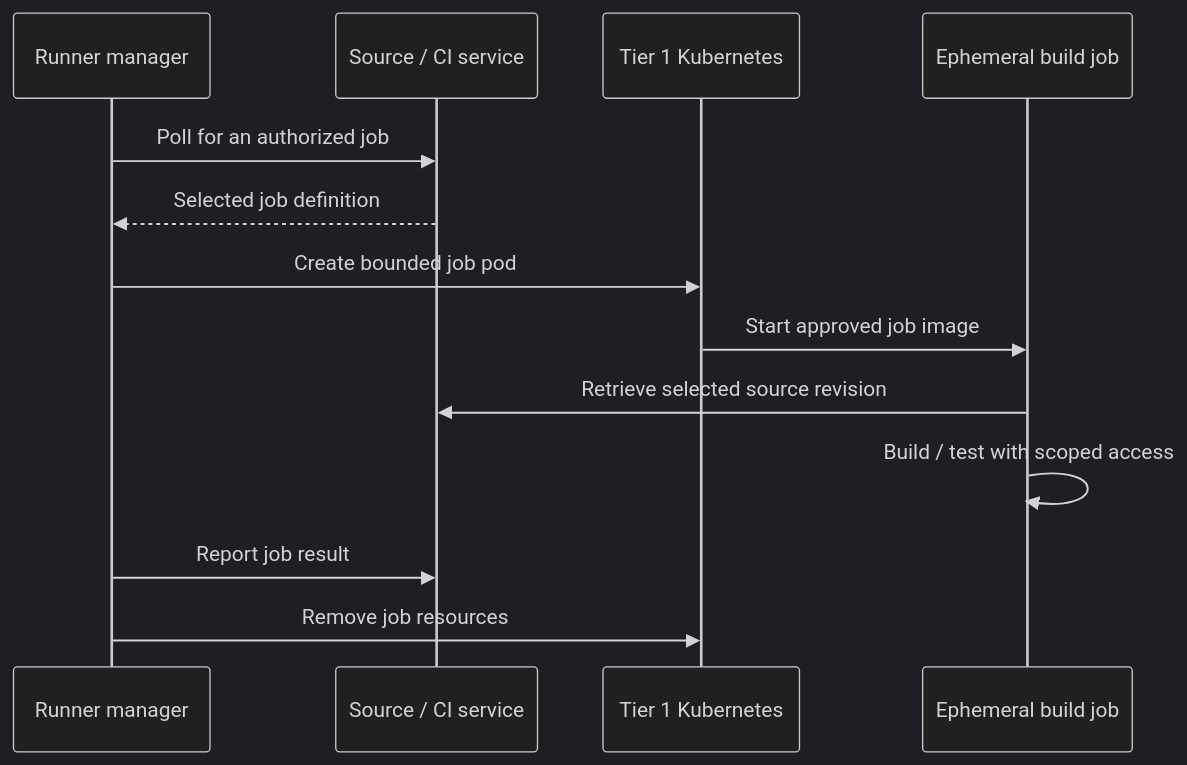
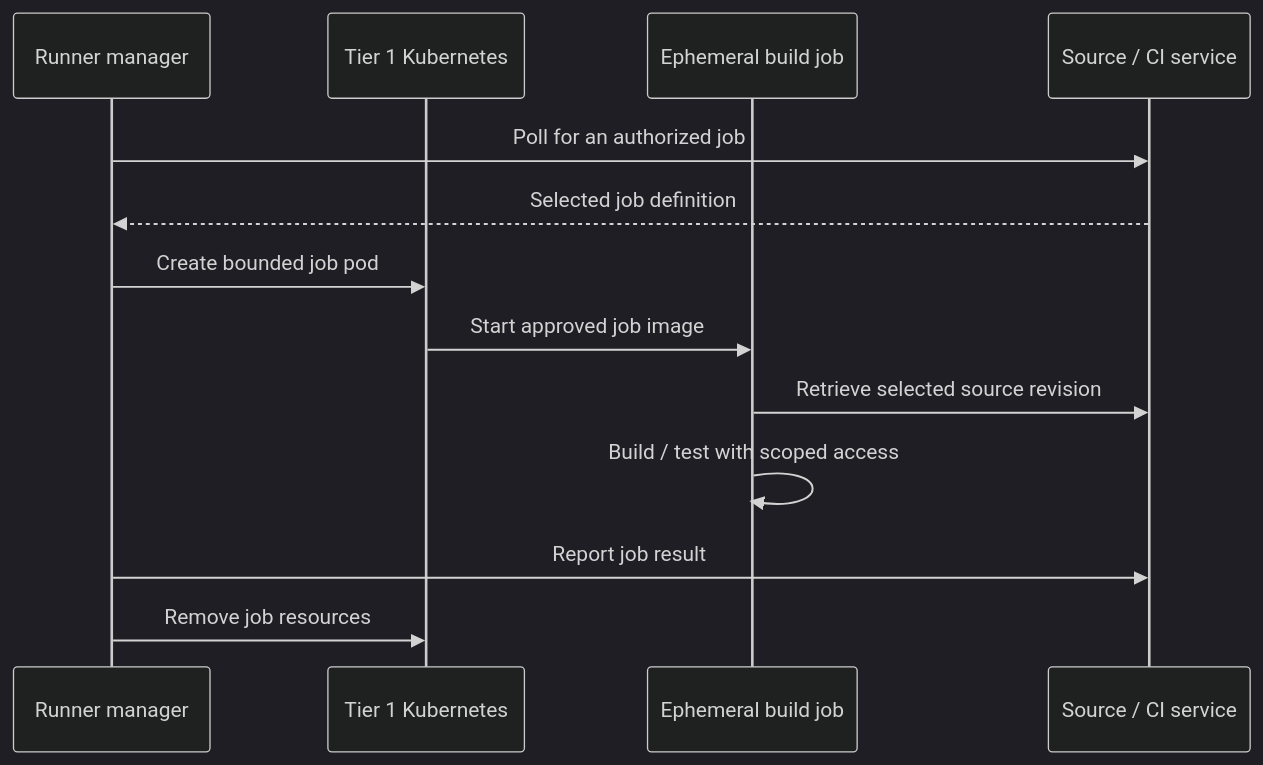
Before and after one commit to Rexus/homelab: the second of 2 diagrams in docs/01-architecture/10-delivery/03-development-platform.md, drawn with Mermaid (dark theme). The commit also changed other lines of this file and 108 other files, not shown here.

Commit message:
docs(diagrams): unify visual language and opening views

````diff
--- a/docs/01-architecture/10-delivery/03-development-platform.md
+++ b/docs/01-architecture/10-delivery/03-development-platform.md
@@ -81,15 +87,15 @@
 ```mermaid
 sequenceDiagram
   participant Manager as Runner manager
-  participant Git as Source / CI service
   participant Cluster as Tier 1 Kubernetes
   participant Job as Ephemeral build job
+  participant Git as Source / CI service
   Manager->>Git: Poll for an authorized job
   Git-->>Manager: Selected job definition
   Manager->>Cluster: Create bounded job pod
   Cluster->>Job: Start approved job image
   Job->>Git: Retrieve selected source revision
   Job->>Job: Build / test with scoped access
   Manager->>Git: Report job result
   Manager->>Cluster: Remove job resources
 ```
````
